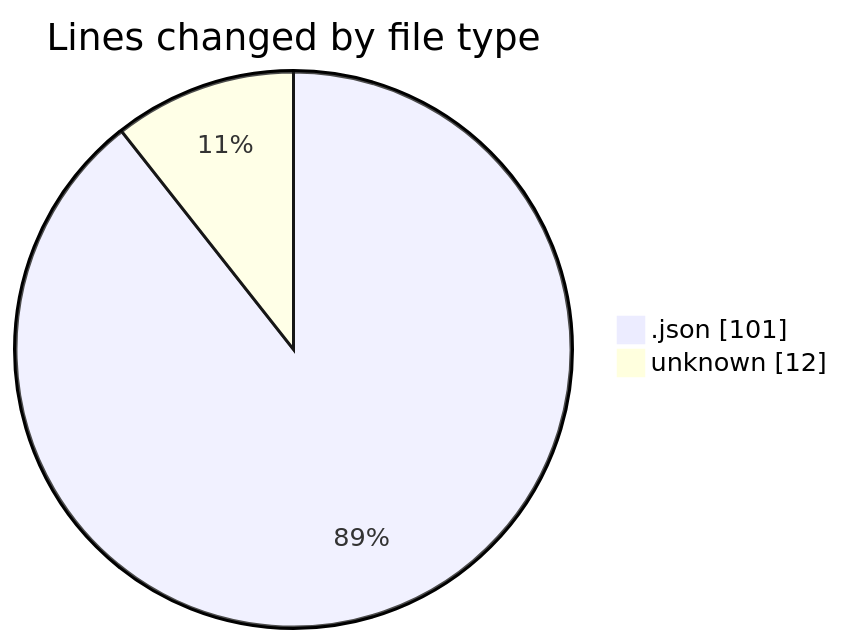
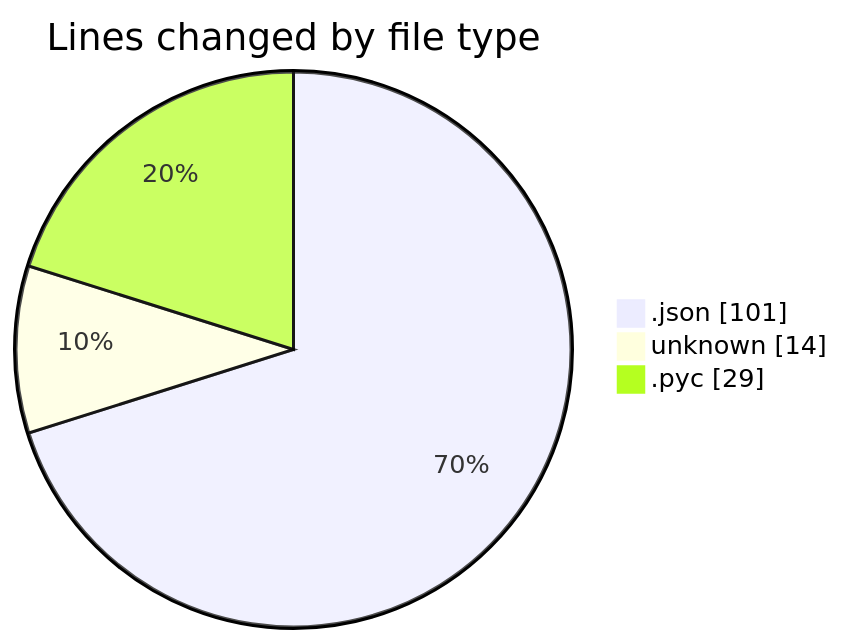
One commit to Elitesun/code-tracking changed the first of 2 diagrams in 2025-04-23/heypy/README.md. Above: the diagram before and after it, drawn with Mermaid. The commit also changed other lines of this file and 1 other file, not shown here.

````diff
--- a/2025-04-23/heypy/README.md
+++ b/2025-04-23/heypy/README.md
@@ -21,6 +22,7 @@
 ```mermaid
 pie showData
 title Lines changed by file type
 ".json" : 101
-"unknown" : 12
+"unknown" : 14
+".pyc" : 29
 ```
````
